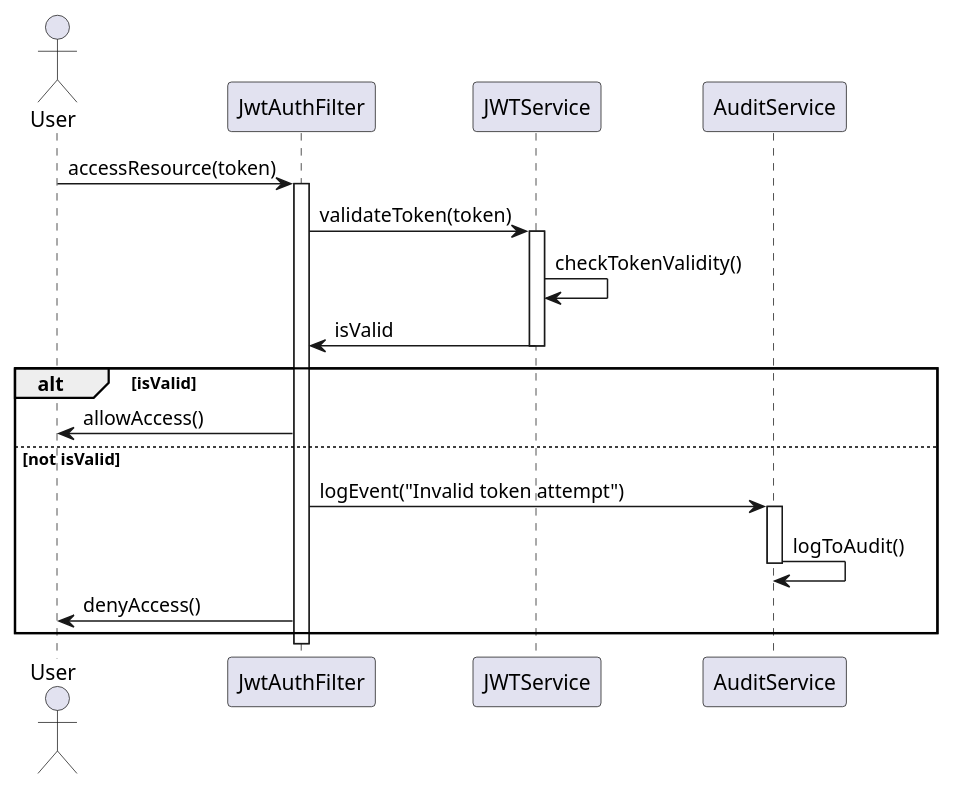
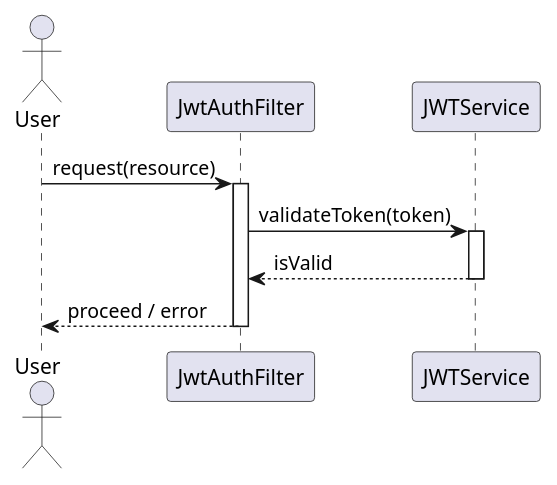
The third of 6 diagrams in identityprovider/documentation/detaileddesign.adoc (Dinesh-s95/AutoDoc.ai), drawn with PlantUML before and after one commit. The commit also changed other lines of this file and 4 other files, not shown here.

```diff
--- a/identityprovider/documentation/detaileddesign.adoc
+++ b/identityprovider/documentation/detaileddesign.adoc
@@ -377,30 +357,19 @@
-[plantuml, jwt-validation-sequence, png]
+[plantuml, jwt-token-validation-flow, png]
 ----
 @startuml
 actor User
 participant JwtAuthFilter
 participant JWTService
-participant AuditService
 
-User -> JwtAuthFilter : accessResource(token)
+User -> JwtAuthFilter : request(resource)
 activate JwtAuthFilter
 
 JwtAuthFilter -> JWTService : validateToken(token)
 activate JWTService
-JWTService -> JWTService : checkTokenValidity()
-JWTService -> JwtAuthFilter : isValid
+JWTService --> JwtAuthFilter : isValid
 deactivate JWTService
 
-alt isValid
-    JwtAuthFilter -> User : allowAccess()
-else not isValid
-    JwtAuthFilter -> AuditService : logEvent("Invalid token attempt")
-    activate AuditService
-    AuditService -> AuditService : logToAudit()
-    deactivate AuditService
-    JwtAuthFilter -> User : denyAccess()
-end
-
+JwtAuthFilter --> User : proceed / error
 deactivate JwtAuthFilter
 @enduml
 ----
```
